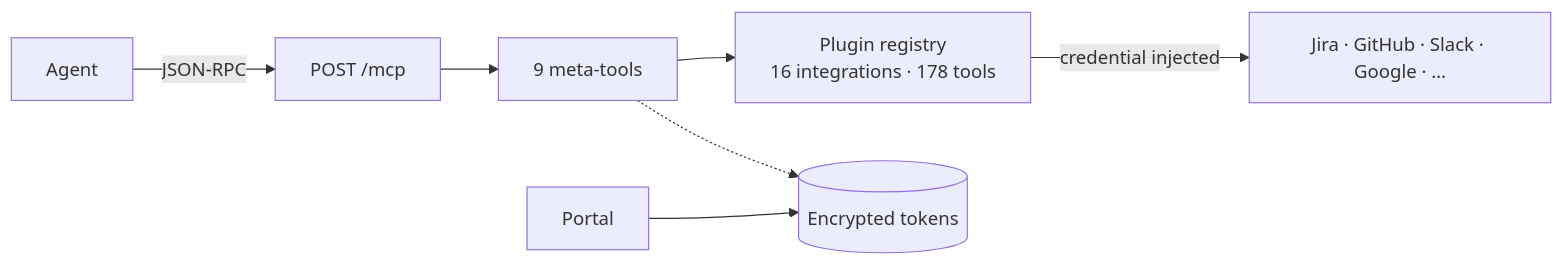
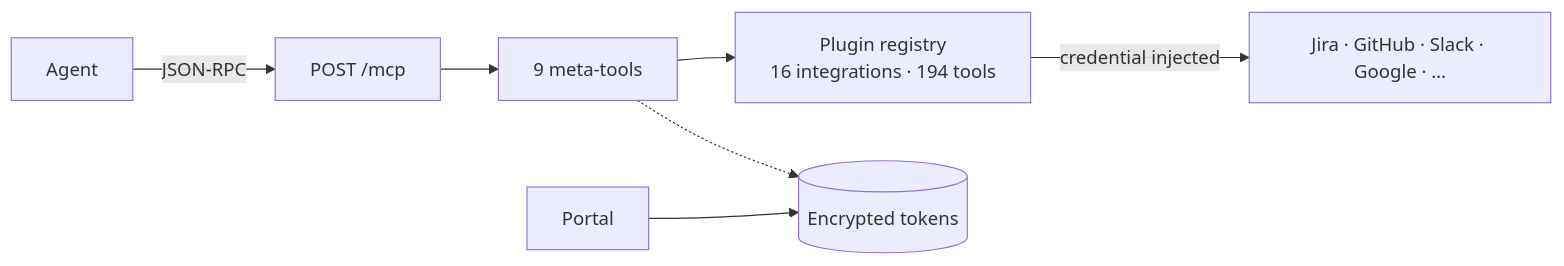
One commit to barockok/workbench changed the diagram in README.md. Above: the diagram before and after it, drawn with Mermaid. The commit also changed other lines of this file and 1 other file, not shown here.

````diff
--- a/README.md
+++ b/README.md
@@ -28,9 +28,9 @@
 ```mermaid
 flowchart LR
   Agent["Agent"] -->|JSON-RPC| MCP["POST /mcp"]
   MCP --> Meta["9 meta-tools"]
-  Meta --> Reg["Plugin registry<br/>16 integrations · 178 tools"]
+  Meta --> Reg["Plugin registry<br/>16 integrations · 194 tools"]
   Reg -->|credential injected| APIs["Jira · GitHub · Slack · Google · …"]
   Portal["Portal"] --> Store[("Encrypted tokens")]
   Meta -.-> Store
 ```
````
